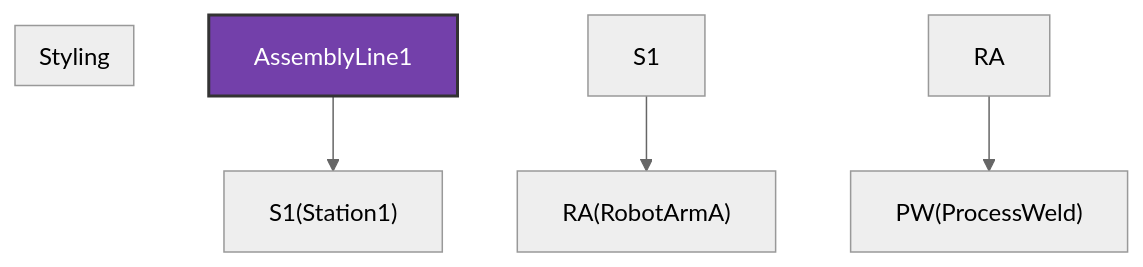
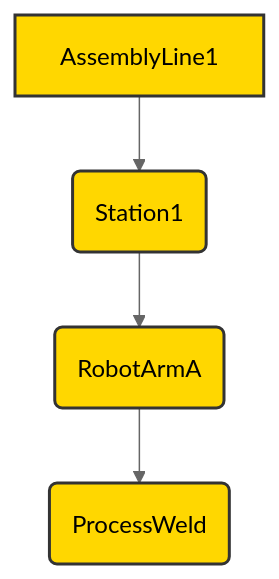
One commit to ikko/sym changed the third of 4 diagrams in docs/3_advanced_tutorial.md. Above: the diagram before and after it, drawn with Mermaid (neutral theme). The commit also changed other lines of this file and 15 other files, not shown here.

Commit message:
inbetween cleaning examples and recolor mermaids

````diff
--- a/docs/3_advanced_tutorial.md
+++ b/docs/3_advanced_tutorial.md
@@ -157,11 +205,11 @@
 ```mermaid
 graph TD
-    L1[AssemblyLine1] --> S1&#40Station1&#41
-    S1 --> RA&#40RobotArmA&#41
-    RA --> PW&#40ProcessWeld&#41
+    L1[AssemblyLine1] --> S1(Station1)
+    S1 --> RA(RobotArmA)
+    RA --> PW(ProcessWeld)
 
-    subgraph "Styling"
-    end
-
-    style L1 fill:#7340aa,stroke:#333,stroke-width:2px,color:#FFFFFF;
+    style L1 fill:#FFD700,stroke:#333,stroke-width:2px,color:#000000;
+    style S1 fill:#FFD700,stroke:#333,stroke-width:2px,color:#000000;
+    style RA fill:#FFD700,stroke:#333,stroke-width:2px,color:#000000;
+    style PW fill:#FFD700,stroke:#333,stroke-width:2px,color:#000000;
 ```
````
